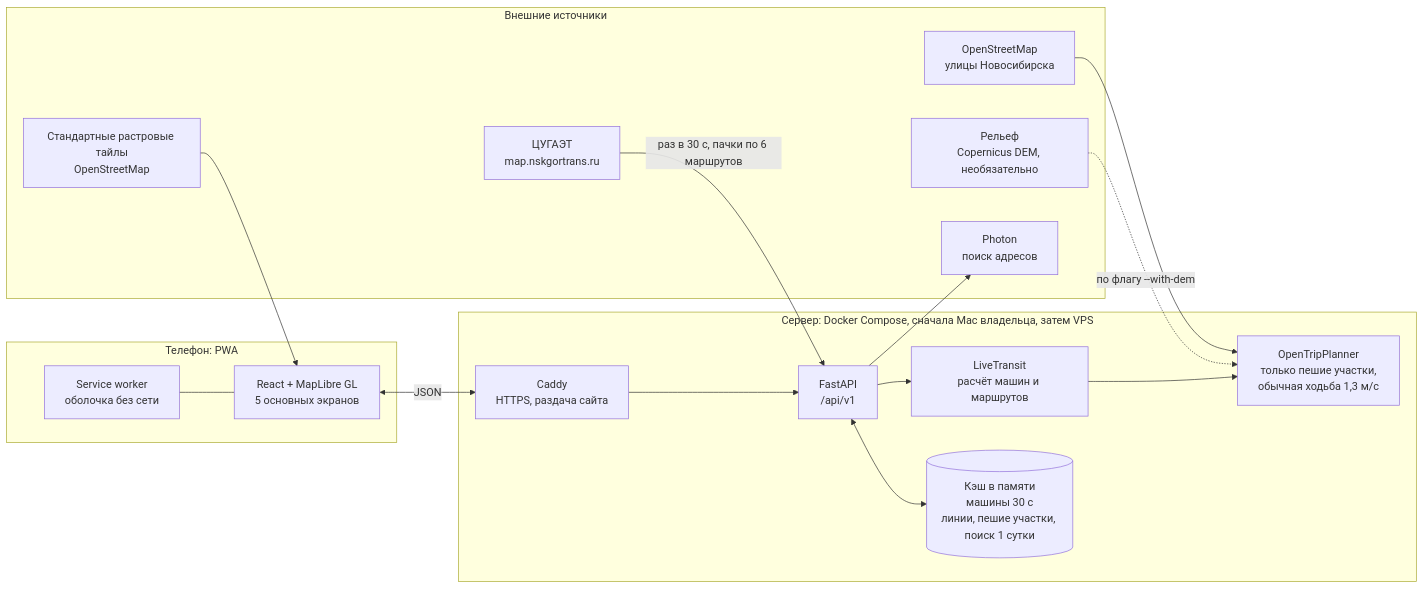
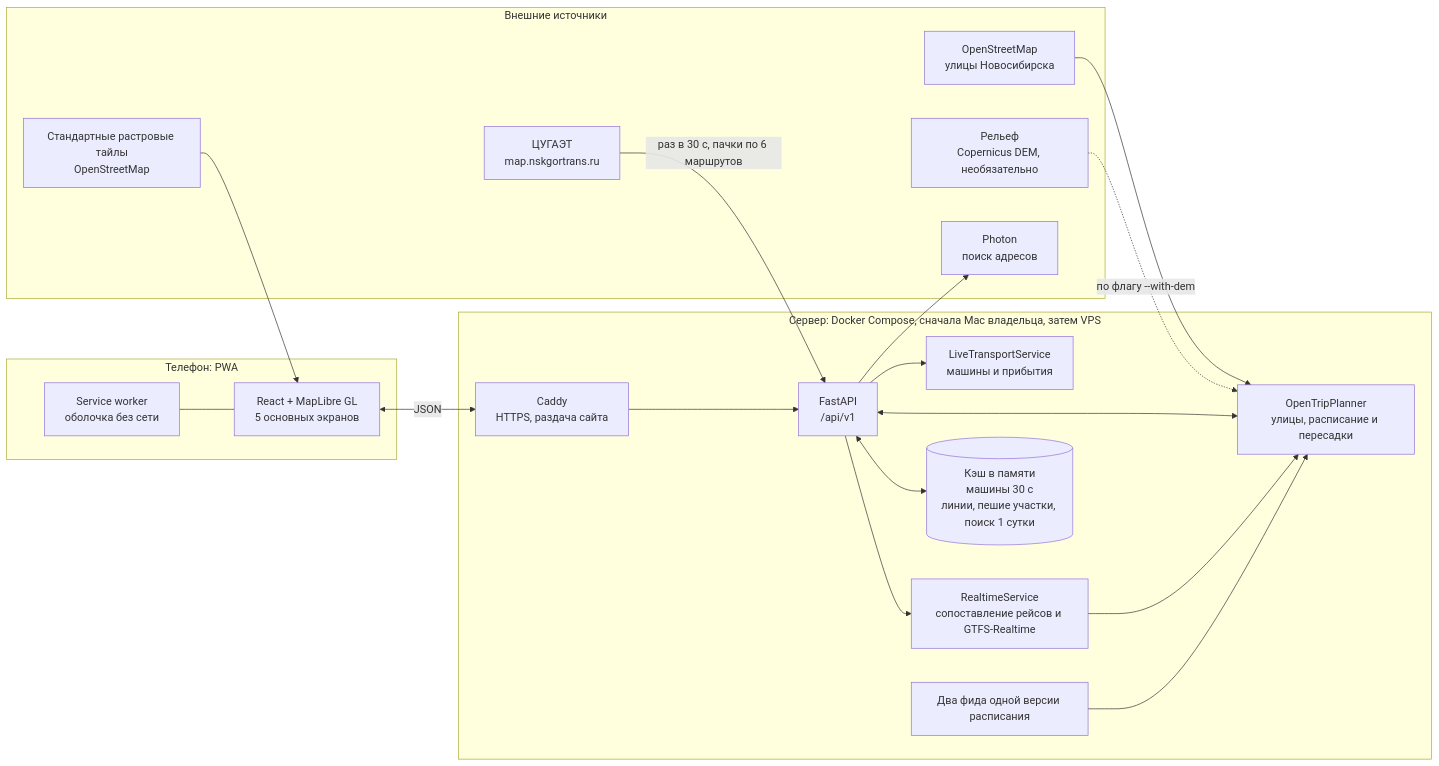
Before and after one commit to Hefl1X/GoPoint: the diagram in docs/ARCHITECTURE.md, drawn with Mermaid. The commit also changed other lines of this file and 24 other files, not shown here.

````diff
--- a/docs/ARCHITECTURE.md
+++ b/docs/ARCHITECTURE.md
@@ -32,35 +26,40 @@
 ```mermaid
 flowchart LR
   subgraph EXT[Внешние источники]
     TS[ЦУГАЭТ<br/>map.nskgortrans.ru]
     OSM[OpenStreetMap<br/>улицы Новосибирска]
     DEM[Рельеф<br/>Copernicus DEM, необязательно]
     TILES[Стандартные растровые тайлы<br/>OpenStreetMap]
     PH[Photon<br/>поиск адресов]
   end
 
   subgraph SRV[Сервер: Docker Compose, сначала Mac владельца, затем VPS]
     CADDY[Caddy<br/>HTTPS, раздача сайта]
     API[FastAPI<br/>/api/v1]
-    LT[LiveTransit<br/>расчёт машин и маршрутов]
+    LIVE[LiveTransportService<br/>машины и прибытия]
+    RT[RealtimeService<br/>сопоставление рейсов и GTFS-Realtime]
     CACHE[(Кэш в памяти<br/>машины 30 с<br/>линии, пешие участки, поиск 1 сутки)]
-    OTP[OpenTripPlanner<br/>только пешие участки,<br/>обычная ходьба 1,3 м/с]
+    OTP[OpenTripPlanner<br/>улицы, расписание и пересадки]
+    GTFS[Два фида одной версии расписания]
   end
 
   subgraph WEB[Телефон: PWA]
     UI[React + MapLibre GL<br/>5 основных экранов]
     SW[Service worker<br/>оболочка без сети]
   end
 
   TS -->|раз в 30 с, пачки по 6 маршрутов| API
   OSM --> OTP
   DEM -.->|по флагу --with-dem| OTP
   API <--> CACHE
-  API --> LT
-  LT --> OTP
+  API --> LIVE
+  API <--> OTP
+  API --> RT
+  RT --> OTP
+  GTFS --> OTP
   API --> PH
   UI <-->|JSON| CADDY
   CADDY --> API
   TILES --> UI
   SW --- UI
 ```
````
